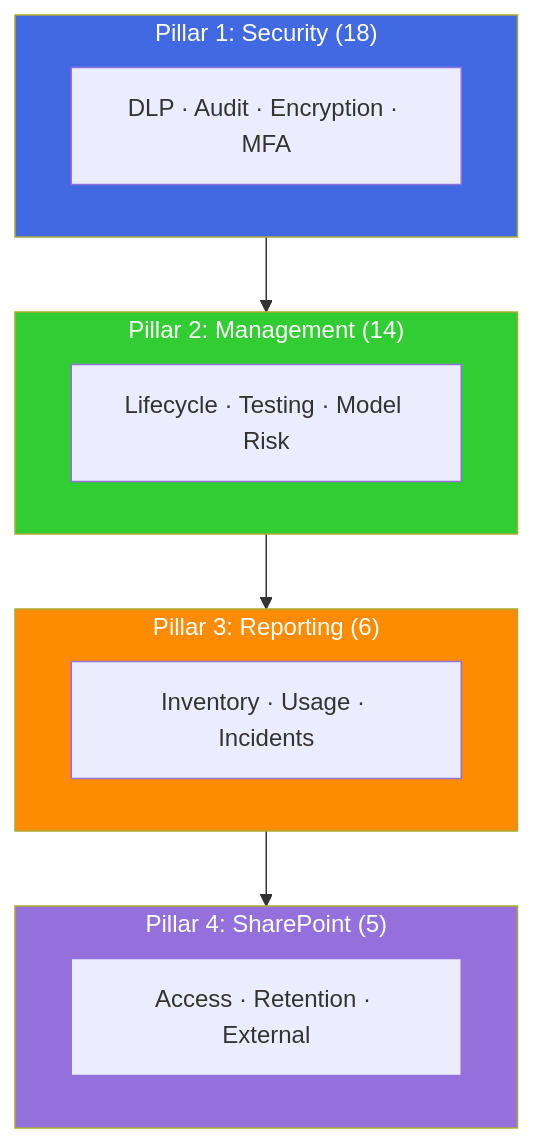
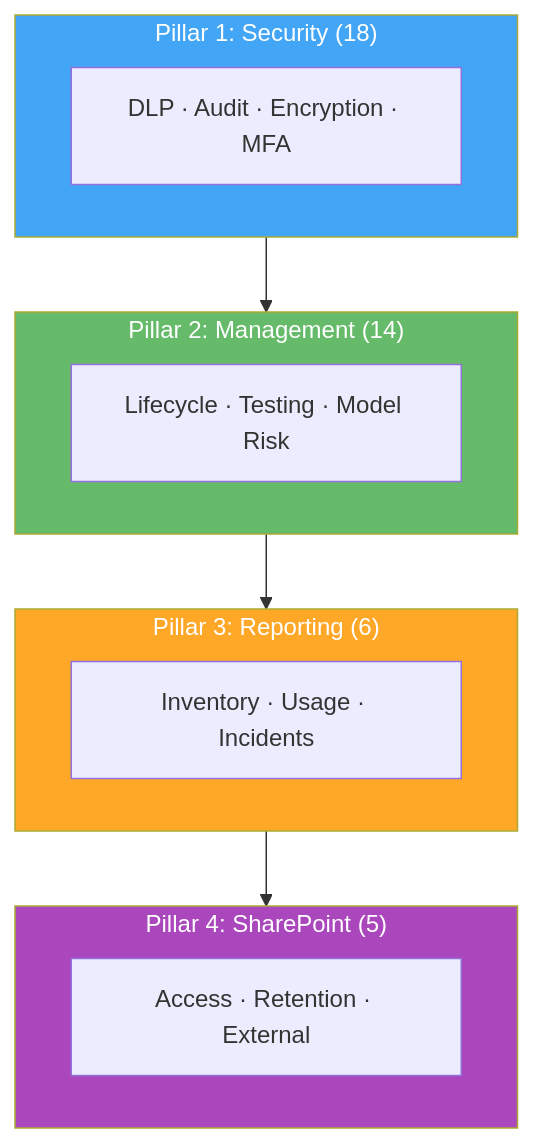
The first of 2 diagrams in docs/getting-started/overview.md (judeper/FSI-AgentGov), drawn with Mermaid before and after one commit. The commit also changed other lines of this file and 2 other files, not shown here.

Commit message:
Update mermaid diagrams to Material Design color palette
- Replace saturated colors with Material Design 400 series
- Zone colors: Green (#66BB6A), Orange (#FFA726), Red (#EF5350)
- Pillar colors: Blue, Green, Orange, Purple (Material 400)
- Maturity levels: Consistent progression from red to green
- Improves visual consistency and professional appearance

````diff
--- a/docs/getting-started/overview.md
+++ b/docs/getting-started/overview.md
@@ -30,22 +30,22 @@
 ```mermaid
 graph TB
     subgraph P4["Pillar 4: SharePoint (5)"]
         SP[Access · Retention · External]
     end
     subgraph P3["Pillar 3: Reporting (6)"]
         RP[Inventory · Usage · Incidents]
     end
     subgraph P2["Pillar 2: Management (14)"]
         MG[Lifecycle · Testing · Model Risk]
     end
     subgraph P1["Pillar 1: Security (18)"]
         SC[DLP · Audit · Encryption · MFA]
     end
 
     P1 --> P2 --> P3 --> P4
 
-    style P1 fill:#4169E1,color:#fff
-    style P2 fill:#32CD32,color:#fff
-    style P3 fill:#FF8C00,color:#fff
-    style P4 fill:#9370DB,color:#fff
+    style P1 fill:#42A5F5,color:#fff
+    style P2 fill:#66BB6A,color:#fff
+    style P3 fill:#FFA726,color:#fff
+    style P4 fill:#AB47BC,color:#fff
 ```
````
